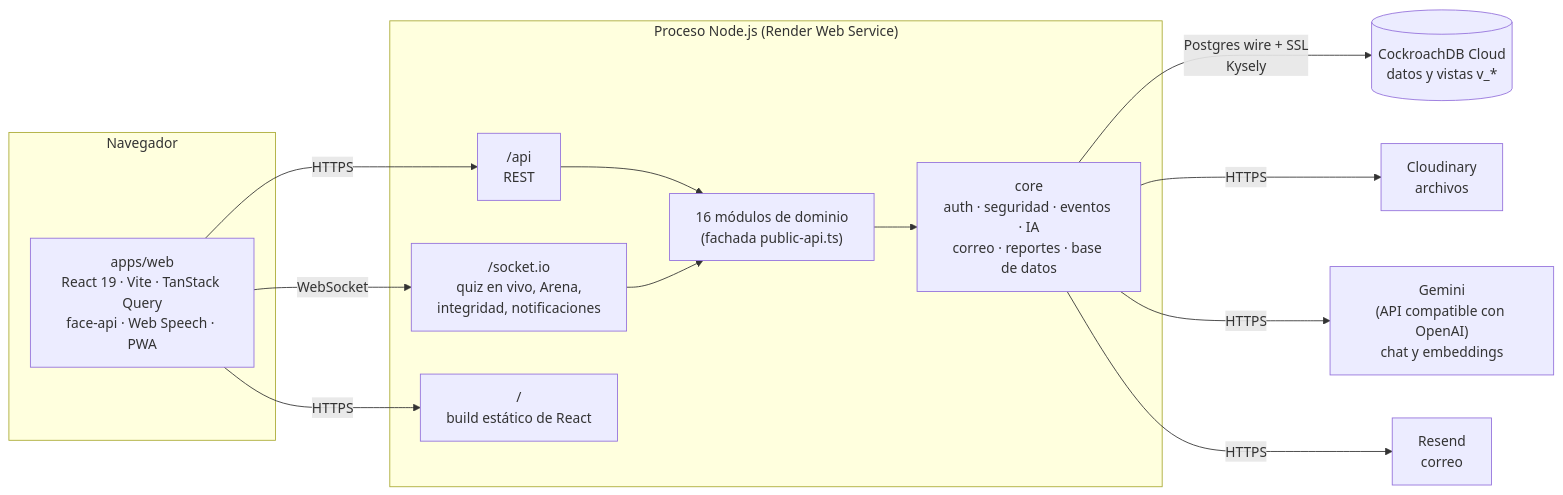
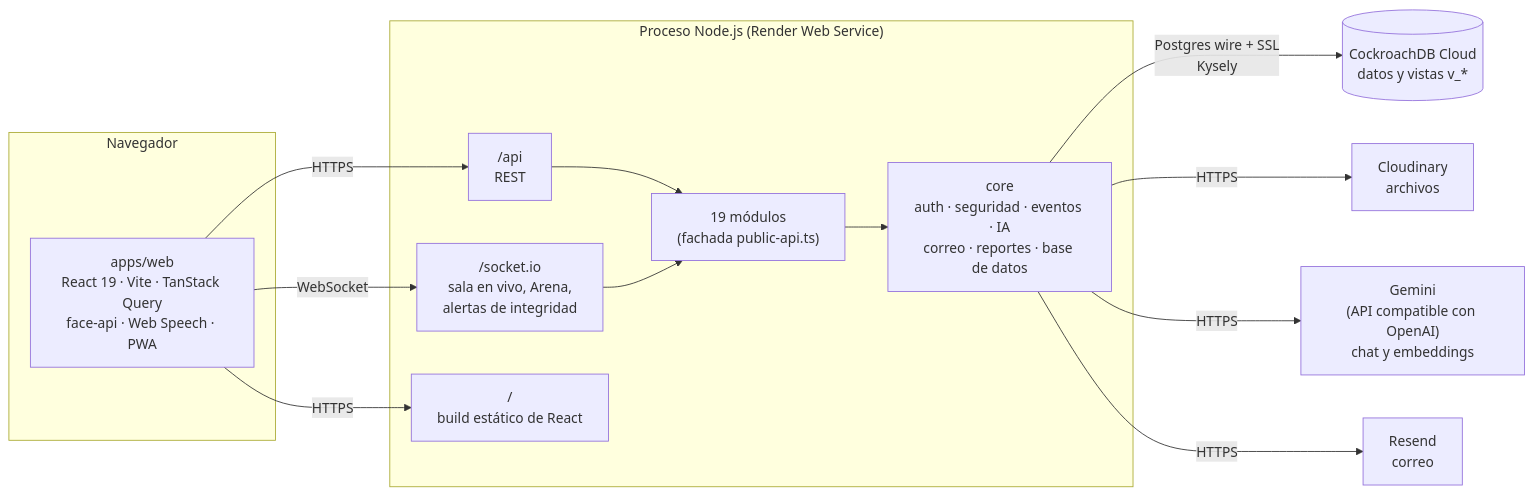
Before and after one commit to Joan-Mora/ludoteka-campus: the first of 2 diagrams in README.md, drawn with Mermaid. The commit also changed other lines of this file and 48 other files, not shown here.

````diff
--- a/README.md
+++ b/README.md
@@ -85,26 +85,26 @@
 ```mermaid
 flowchart LR
   subgraph browser["Navegador"]
     web["apps/web<br/>React 19 · Vite · TanStack Query<br/>face-api · Web Speech · PWA"]
   end
 
   subgraph nest["Proceso Node.js (Render Web Service)"]
     rest["/api<br/>REST"]
-    ws["/socket.io<br/>quiz en vivo, Arena,<br/>integridad, notificaciones"]
+    ws["/socket.io<br/>sala en vivo, Arena,<br/>alertas de integridad"]
     spa["/<br/>build estático de React"]
     core["core<br/>auth · seguridad · eventos · IA<br/>correo · reportes · base de datos"]
-    mods["16 módulos de dominio<br/>(fachada public-api.ts)"]
+    mods["19 módulos<br/>(fachada public-api.ts)"]
     rest --> mods
     ws --> mods
     mods --> core
   end
 
   web -- HTTPS --> rest
   web -- WebSocket --> ws
   web -- HTTPS --> spa
 
   core -- "Postgres wire + SSL<br/>Kysely" --> crdb[("CockroachDB Cloud<br/>datos y vistas v_*")]
   core -- HTTPS --> cld["Cloudinary<br/>archivos"]
   core -- HTTPS --> ai["Gemini<br/>(API compatible con OpenAI)<br/>chat y embeddings"]
   core -- HTTPS --> mail["Resend<br/>correo"]
 ```
````
